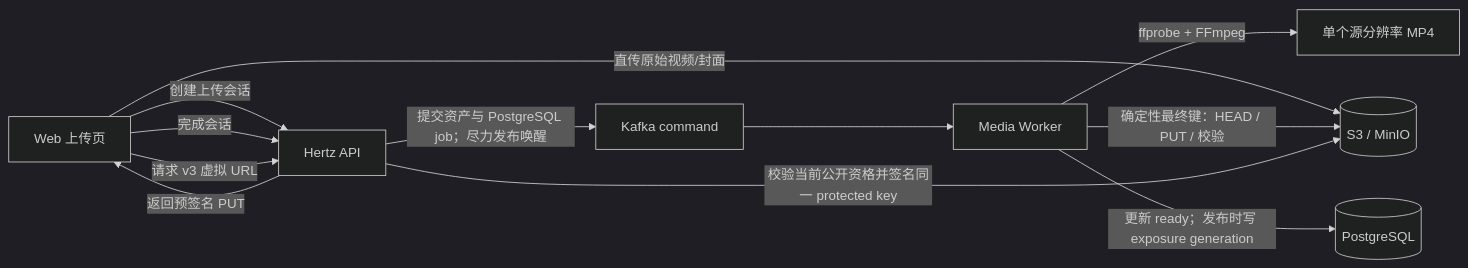
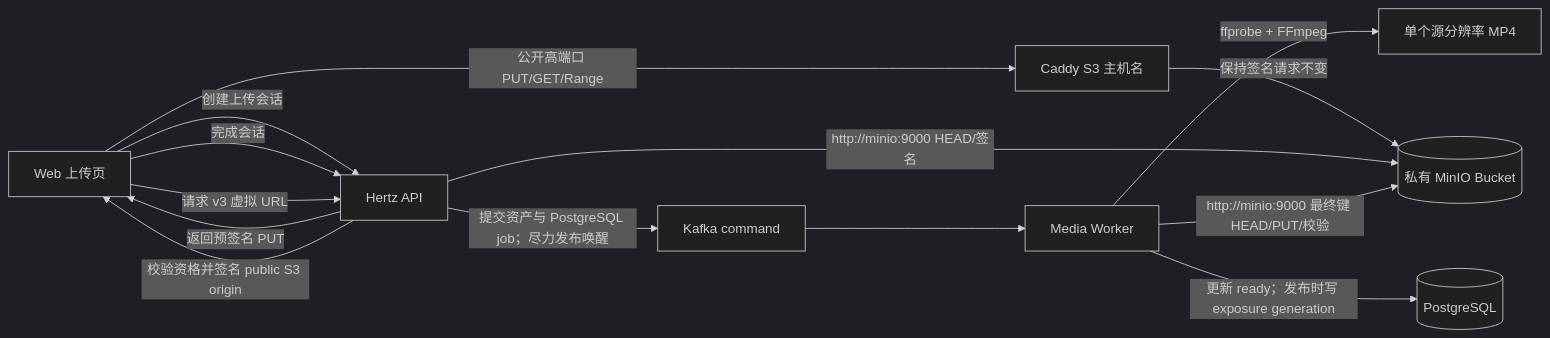
Diagram 11 of 12 in docs/architecture.md (shiyudesu/frux), drawn with Mermaid (dark theme) before and after one commit. The commit also changed other lines of this file and 33 other files, not shown here.

````diff
--- a/docs/architecture.md
+++ b/docs/architecture.md
@@ -644,14 +649,16 @@
 ```mermaid
 flowchart LR
   Web["Web 上传页"] -->|"创建上传会话"| API["Hertz API"]
   API -->|"返回预签名 PUT"| Web
-  Web -->|"直传原始视频/封面"| S3[("S3 / MinIO")]
+  Web -->|"公开高端口 PUT/GET/Range"| Caddy["Caddy S3 主机名"]
+  Caddy -->|"保持签名请求不变"| S3[("私有 MinIO Bucket")]
   Web -->|"完成会话"| API
   API -->|"提交资产与 PostgreSQL job；尽力发布唤醒"| MQ["Kafka command"]
   MQ --> Worker["Media Worker"]
   Worker -->|"ffprobe + FFmpeg"| Outputs["单个源分辨率 MP4"]
-  Worker -->|"确定性最终键：HEAD / PUT / 校验"| S3
+  API -->|"http://minio:9000 HEAD/签名"| S3
+  Worker -->|"http://minio:9000 最终键 HEAD/PUT/校验"| S3
   Worker -->|"更新 ready；发布时写 exposure generation"| PostgreSQL[("PostgreSQL")]
   Web -->|"请求 v3 虚拟 URL"| API
-  API -->|"校验当前公开资格并签名同一 protected key"| S3
+  API -->|"校验资格并签名 public S3 origin"| Web
 ```
````
